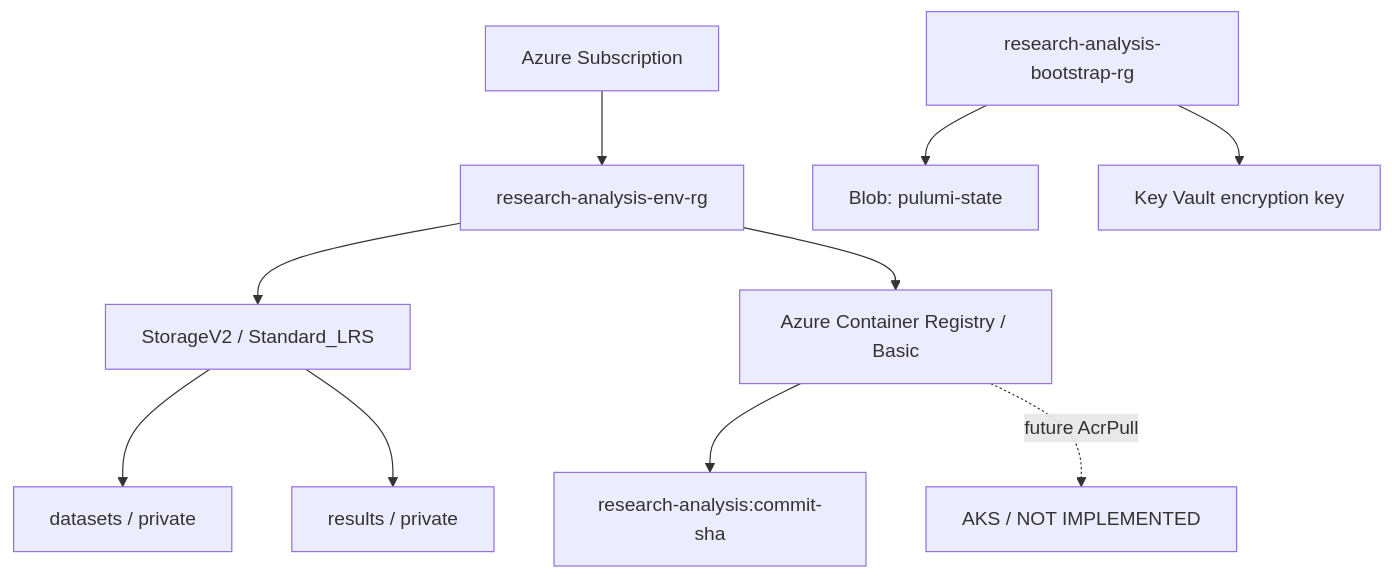
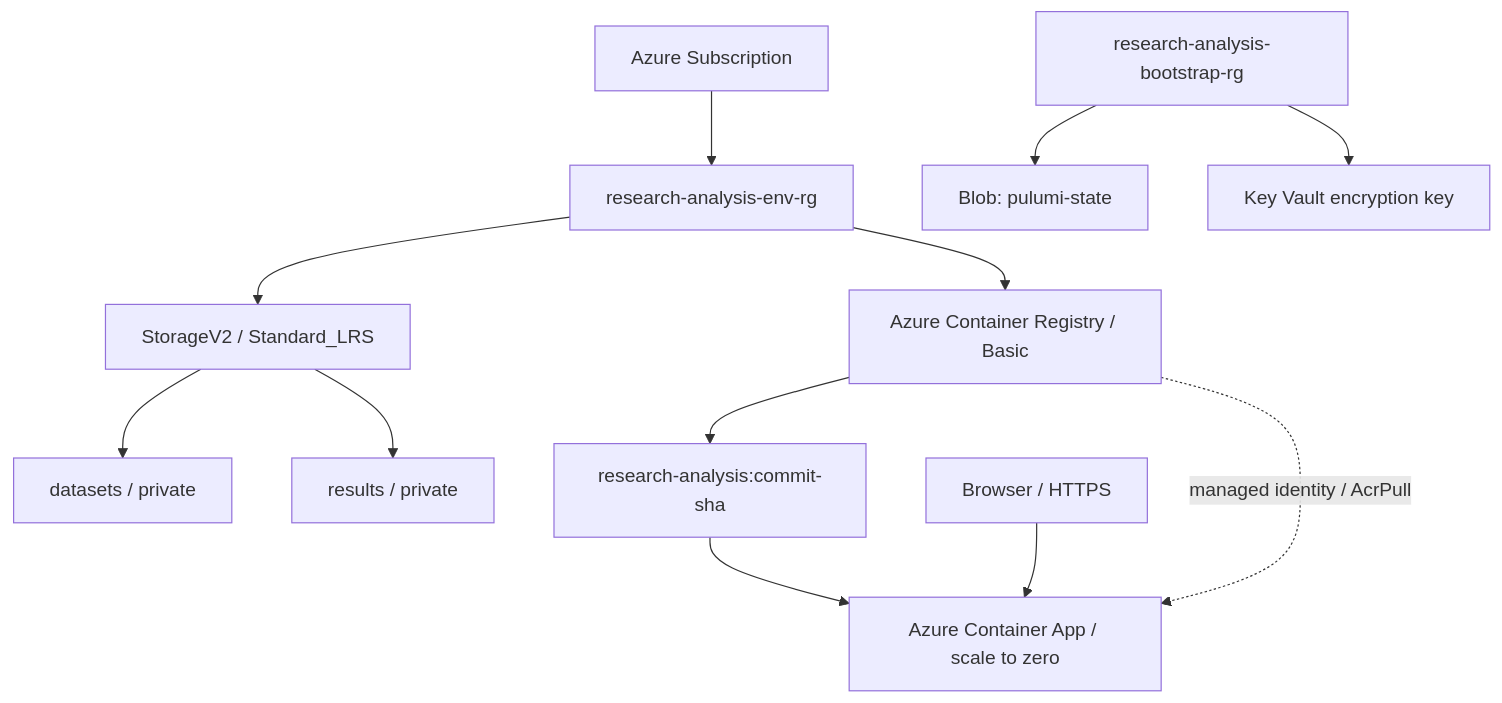
Before and after one commit to favourO/deploying-research-models-azure: the diagram in README.md, drawn with Mermaid. The commit also changed other lines of this file and 8 other files, not shown here.

````diff
--- a/README.md
+++ b/README.md
@@ -46,14 +48,16 @@
 ```mermaid
 flowchart TB
     subscription[Azure Subscription] --> appRg[research-analysis-env-rg]
     appRg --> storage[StorageV2 / Standard_LRS]
     storage --> datasets[datasets / private]
     storage --> results[results / private]
     appRg --> acr[Azure Container Registry / Basic]
     acr --> image[research-analysis:commit-sha]
+    image --> containerApp[Azure Container App / scale to zero]
+    browser[Browser / HTTPS] --> containerApp
 
     bootstrapRg[research-analysis-bootstrap-rg] --> state[Blob: pulumi-state]
     bootstrapRg --> vault[Key Vault encryption key]
 
-    acr -. future AcrPull .-> aks[AKS / NOT IMPLEMENTED]
+    acr -. managed identity / AcrPull .-> containerApp
 ```
````
